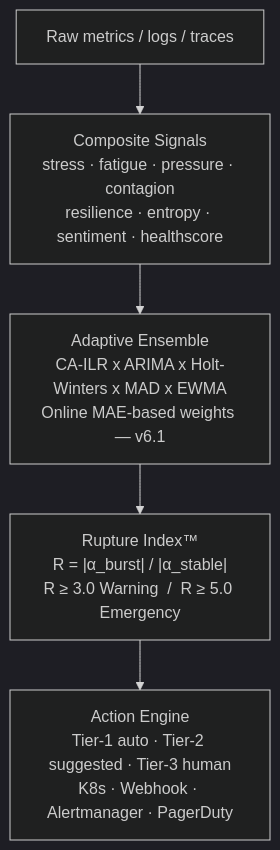
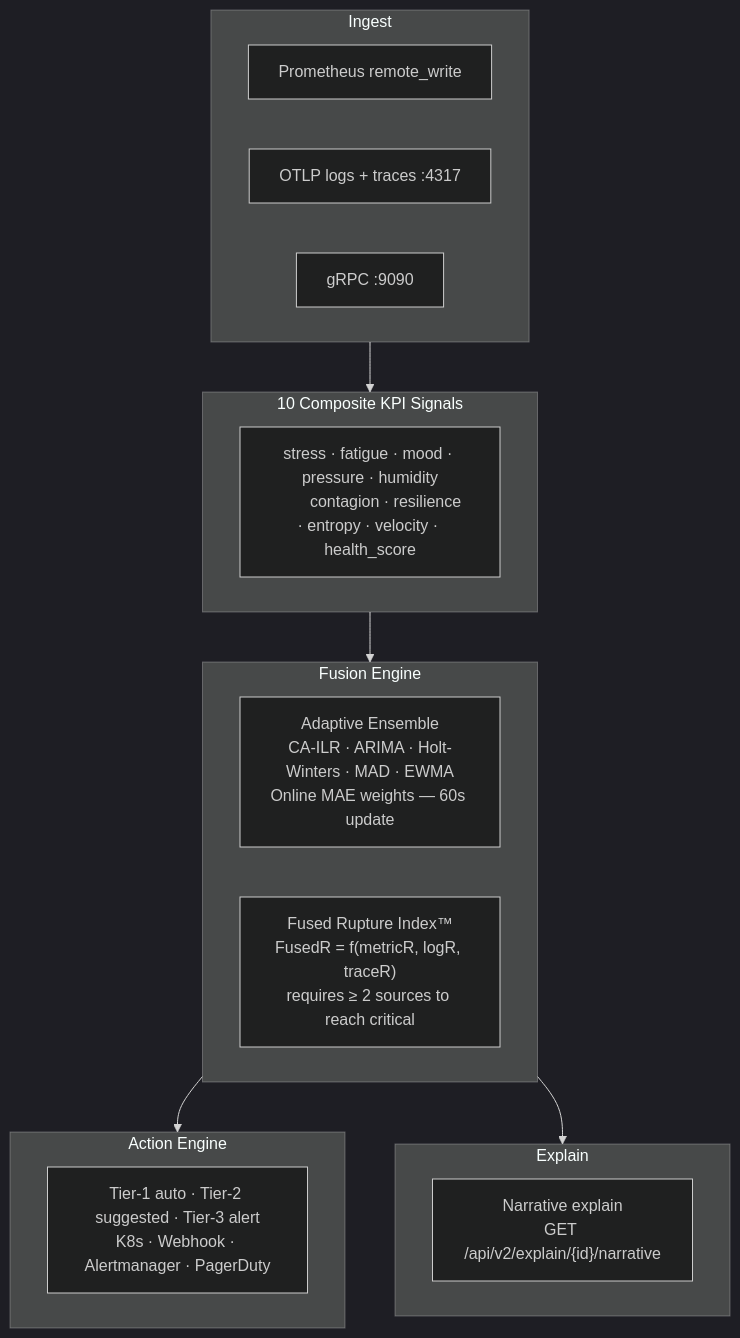
Before and after one commit to benfradjselim/Mlops_crew_automation: the diagram in site/docs/concepts/index.md, drawn with Mermaid (dark theme). The commit also changed other lines of this file and 5 other files, not shown here.

````diff
--- a/site/docs/concepts/index.md
+++ b/site/docs/concepts/index.md
@@ -7,7 +13,31 @@
 ```mermaid
 graph TD
-    A[Raw metrics / logs / traces] --> B["Composite Signals\nstress · fatigue · pressure · contagion\nresilience · entropy · sentiment · healthscore"]
-    B --> C["Adaptive Ensemble\nCA-ILR x ARIMA x Holt-Winters x MAD x EWMA\nOnline MAE-based weights — v6.1"]
-    C --> D["Rupture Index™\nR = |α_burst| / |α_stable|\nR ≥ 3.0 Warning  /  R ≥ 5.0 Emergency"]
-    D --> E["Action Engine\nTier-1 auto · Tier-2 suggested · Tier-3 human\nK8s · Webhook · Alertmanager · PagerDuty"]
+    subgraph Ingest
+        A1[Prometheus remote_write]
+        A2[OTLP logs + traces :4317]
+        A3[gRPC :9090]
+    end
+
+    subgraph Signals["10 Composite KPI Signals"]
+        B["stress · fatigue · mood · pressure · humidity
+        contagion · resilience · entropy · velocity · health_score"]
+    end
+
+    subgraph Fusion["Fusion Engine"]
+        C1["Adaptive Ensemble\nCA-ILR · ARIMA · Holt-Winters · MAD · EWMA\nOnline MAE weights — 60s update"]
+        C2["Fused Rupture Index™\nFusedR = f(metricR, logR, traceR)\nrequires ≥ 2 sources to reach critical"]
+    end
+
+    subgraph Act["Action Engine"]
+        D["Tier-1 auto · Tier-2 suggested · Tier-3 alert\nK8s · Webhook · Alertmanager · PagerDuty"]
+    end
+
+    subgraph Explain
+        E["Narrative explain\nGET /api/v2/explain/{id}/narrative"]
+    end
+
+    Ingest --> Signals
+    Signals --> Fusion
+    Fusion --> Act
+    Fusion --> Explain
 ```
````
